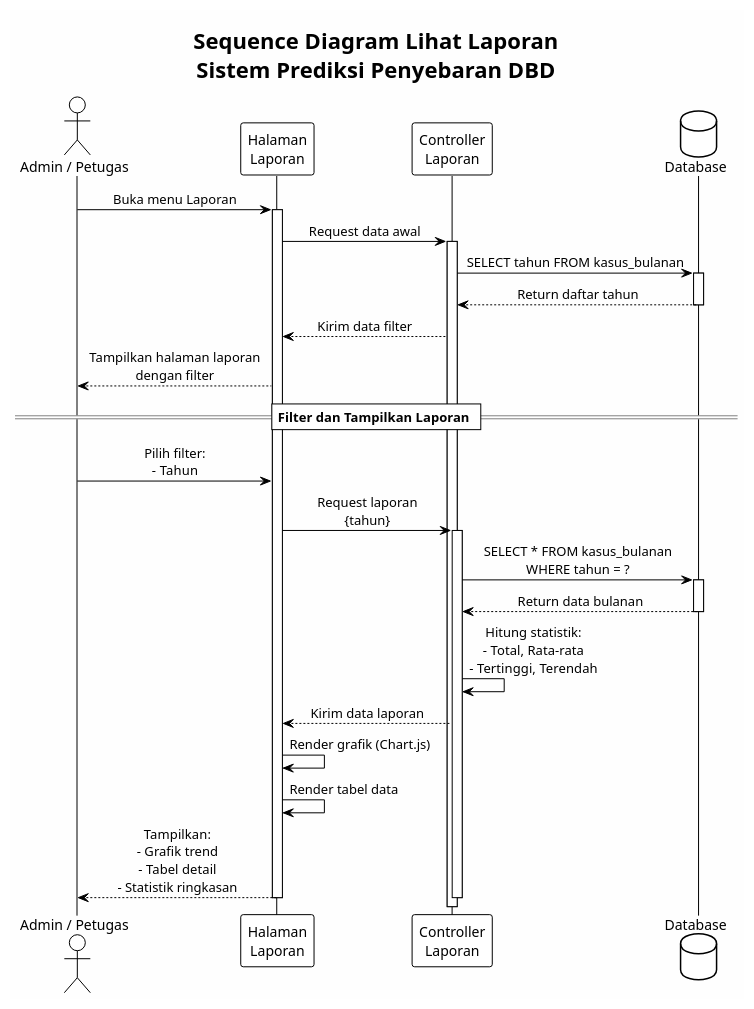
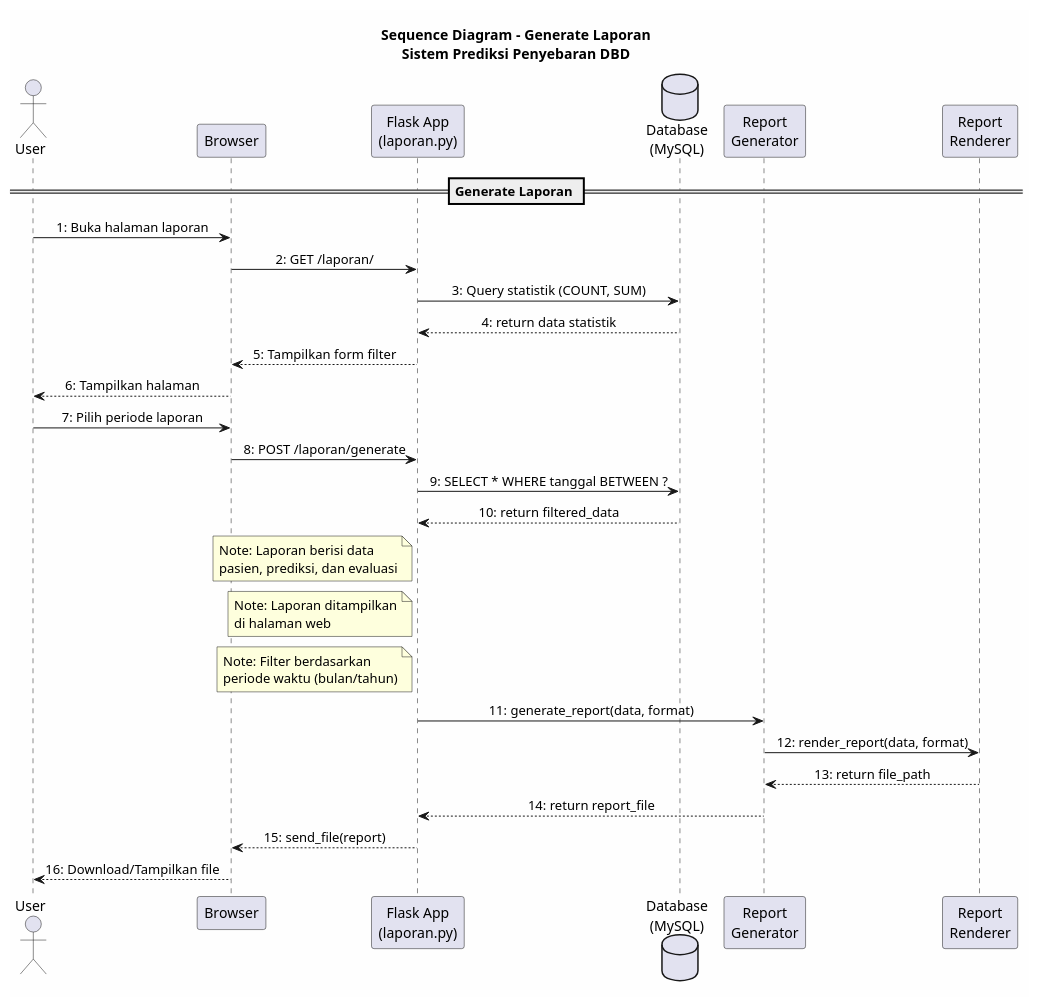
The diagram in Dokumen/UML/sequence_diagram_laporan.puml (Suwardi87/prediksi-DBD), drawn with PlantUML before and after one commit. The commit also changed 39 other files, not shown here.

```diff
--- a/Dokumen/UML/sequence_diagram_laporan.puml
+++ b/Dokumen/UML/sequence_diagram_laporan.puml
@@ -1,52 +1,37 @@
-@startuml sequence_diagram_laporan
-!theme plain
+@startuml Sequence Diagram - Laporan
 skinparam backgroundColor #FEFEFE
 skinparam sequenceMessageAlign center
 
-title Sequence Diagram Lihat Laporan\nSistem Prediksi Penyebaran DBD
+title Sequence Diagram - Generate Laporan\nSistem Prediksi Penyebaran DBD
 
-actor "Admin / Petugas" as User
-participant "Halaman\nLaporan" as Page
-participant "Controller\nLaporan" as Controller
-database "Database" as DB
+actor User
+participant Browser
+participant "Flask App\n(laporan.py)" as flask
+database "Database\n(MySQL)" as db
+participant "Report\nGenerator" as report
+participant "Report\nRenderer" as renderer
 
-User -> Page : Buka menu Laporan
-activate Page
+== Generate Laporan ==
 
-Page -> Controller : Request data awal
-activate Controller
+User -> Browser : 1: Buka halaman laporan
+Browser -> flask : 2: GET /laporan/
+flask -> db : 3: Query statistik (COUNT, SUM)
+db --> flask : 4: return data statistik
+flask --> Browser : 5: Tampilkan form filter
+Browser --> User : 6: Tampilkan halaman
 
-Controller -> DB : SELECT tahun FROM kasus_bulanan
-activate DB
-DB --> Controller : Return daftar tahun
-deactivate DB
-
-Controller --> Page : Kirim data filter
-Page --> User : Tampilkan halaman laporan\ndengan filter
-
-== Filter dan Tampilkan Laporan ==
-
-User -> Page : Pilih filter:\n- Tahun
-
-Page -> Controller : Request laporan\n{tahun}
-activate Controller
-
-Controller -> DB : SELECT * FROM kasus_bulanan\nWHERE tahun = ?
-activate DB
-DB --> Controller : Return data bulanan
-deactivate DB
-
-Controller -> Controller : Hitung statistik:\n- Total, Rata-rata\n- Tertinggi, Terendah
-
-Controller --> Page : Kirim data laporan
-
-Page -> Page : Render grafik (Chart.js)
-Page -> Page : Render tabel data
-
-Page --> User : Tampilkan:\n- Grafik trend\n- Tabel detail\n- Statistik ringkasan
-
-deactivate Controller
-
-deactivate Page
+User -> Browser : 7: Pilih periode laporan
+Browser -> flask : 8: POST /laporan/generate
+flask -> db : 9: SELECT * WHERE tanggal BETWEEN ?
+db --> flask : 10: return filtered_data
+note left of flask : Note: Laporan berisi data\npasien, prediksi, dan evaluasi
+note left of flask : Note: Laporan ditampilkan\ndi halaman web
+note left of flask : Note: Filter berdasarkan\nperiode waktu (bulan/tahun)
+flask -> report : 11: generate_report(data, format)
+report -> renderer : 12: render_report(data, format)
+renderer --> report : 13: return file_path
+report --> flask : 14: return report_file
+flask --> Browser : 15: send_file(report)
+Browser --> User : 16: Download/Tampilkan file
 
 @enduml
```
